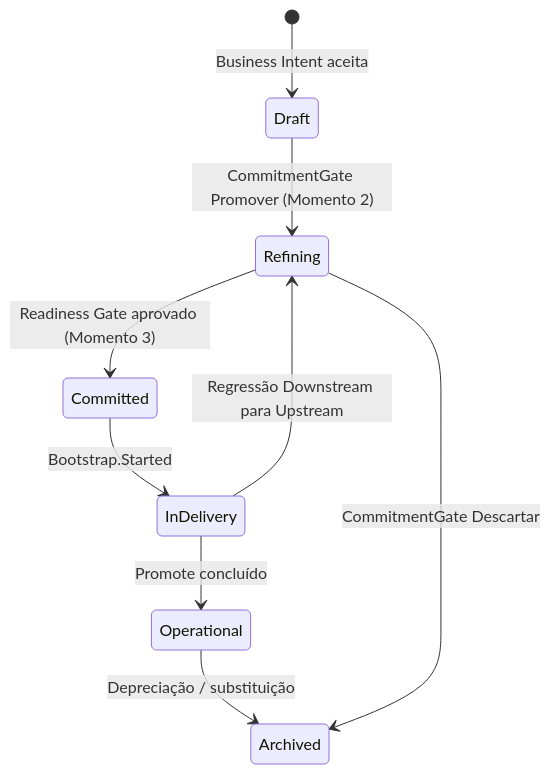
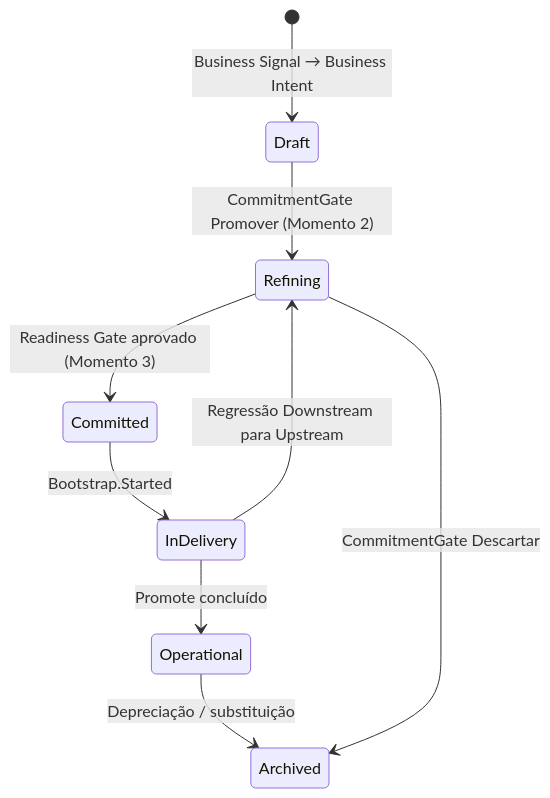
The first of 2 diagrams in capitulo-07.md (produtoreativo/from-intent-to-outcome), drawn with Mermaid before and after one commit. The commit also changed other lines of this file and 7 other files, not shown here.

First line of the commit message:
fix: corrige origem do OBC — nasce na transição Business Signal → Business Intent

````diff
--- a/capitulo-07.md
+++ b/capitulo-07.md
@@ -46,11 +46,11 @@
 ```mermaid
 stateDiagram-v2
-    [*] --> Draft : Business Intent aceita
+    [*] --> Draft : Business Signal → Business Intent
     Draft --> Refining : CommitmentGate Promover (Momento 2)
     Refining --> Committed : Readiness Gate aprovado (Momento 3)
     Committed --> InDelivery : Bootstrap.Started
     InDelivery --> Operational : Promote concluído
     Operational --> Archived : Depreciação / substituição
     Refining --> Archived : CommitmentGate Descartar
     InDelivery --> Refining : Regressão Downstream para Upstream
 ```
````
